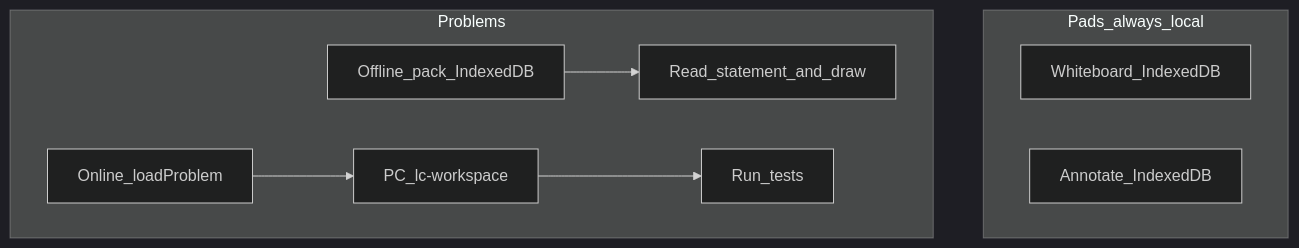
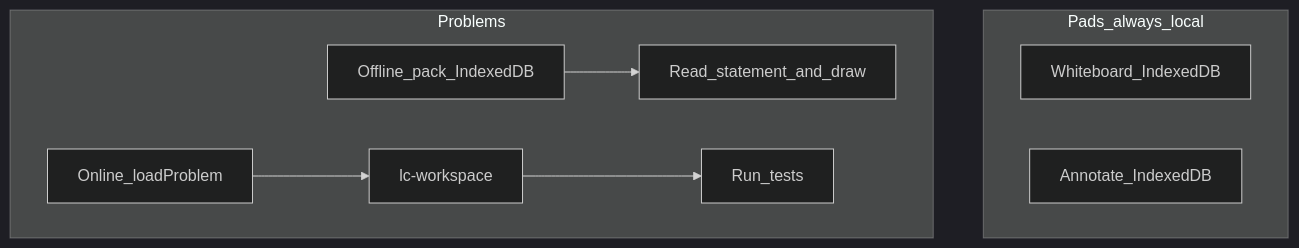
Before and after one commit to amittenak47/lc-gui-tui: the second of 2 diagrams in README.md, drawn with Mermaid (dark theme). The commit also changed other lines of this file and 20 other files, not shown here.

````diff
--- a/README.md
+++ b/README.md
@@ -197,14 +193,14 @@
 ```mermaid
 flowchart TD
   subgraph pads [Pads_always_local]
     WB[Whiteboard_IndexedDB]
     AN[Annotate_IndexedDB]
   end
   subgraph problems [Problems]
     Online[Online_loadProblem]
     Offline[Offline_pack_IndexedDB]
-    Online --> Workspace[PC_lc-workspace]
+    Online --> Workspace[lc-workspace]
     Offline --> ReadOnly[Read_statement_and_draw]
     Workspace --> Tests[Run_tests]
   end
 ```
````
